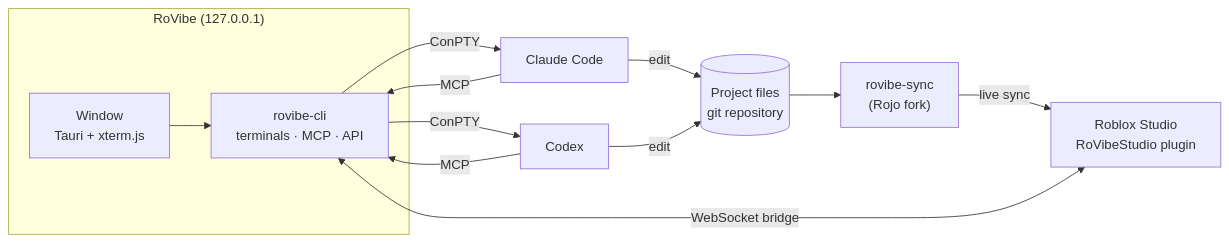
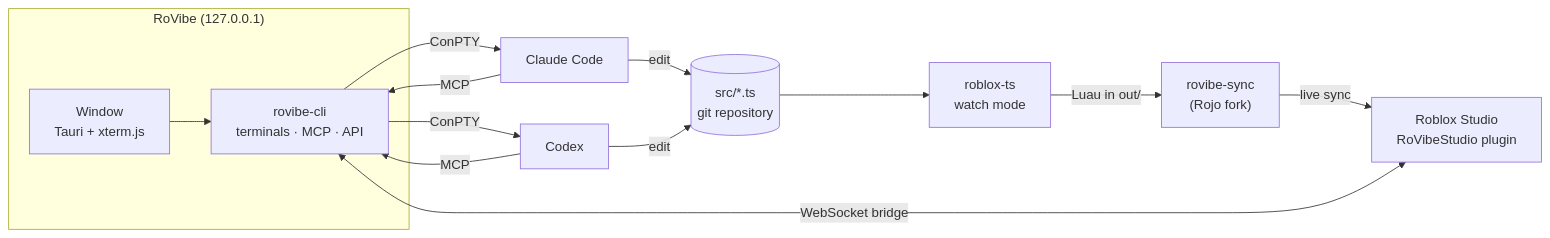
One commit to aaldersondev/rovibe changed the diagram in README.md. Above: the diagram before and after it, drawn with Mermaid. The commit also changed other lines of this file and 22 other files, not shown here.

````diff
--- a/README.md
+++ b/README.md
@@ -89,15 +91,16 @@
 ```mermaid
 flowchart LR
   subgraph App["RoVibe (127.0.0.1)"]
     UI["Window<br/>Tauri + xterm.js"] --> Server["rovibe-cli<br/>terminals · MCP · API"]
   end
   Server -->|ConPTY| A1["Claude Code"]
   Server -->|ConPTY| A2["Codex"]
   A1 -->|MCP| Server
   A2 -->|MCP| Server
-  A1 -->|edit| Files[("Project files<br/>git repository")]
+  A1 -->|edit| Files[("src/*.ts<br/>git repository")]
   A2 -->|edit| Files
-  Files --> Sync["rovibe-sync<br/>(Rojo fork)"]
+  Files --> TS["roblox-ts<br/>watch mode"]
+  TS -->|Luau in out/| Sync["rovibe-sync<br/>(Rojo fork)"]
   Sync -->|live sync| Studio["Roblox Studio<br/>RoVibeStudio plugin"]
   Server <-->|WebSocket bridge| Studio
 ```
````
